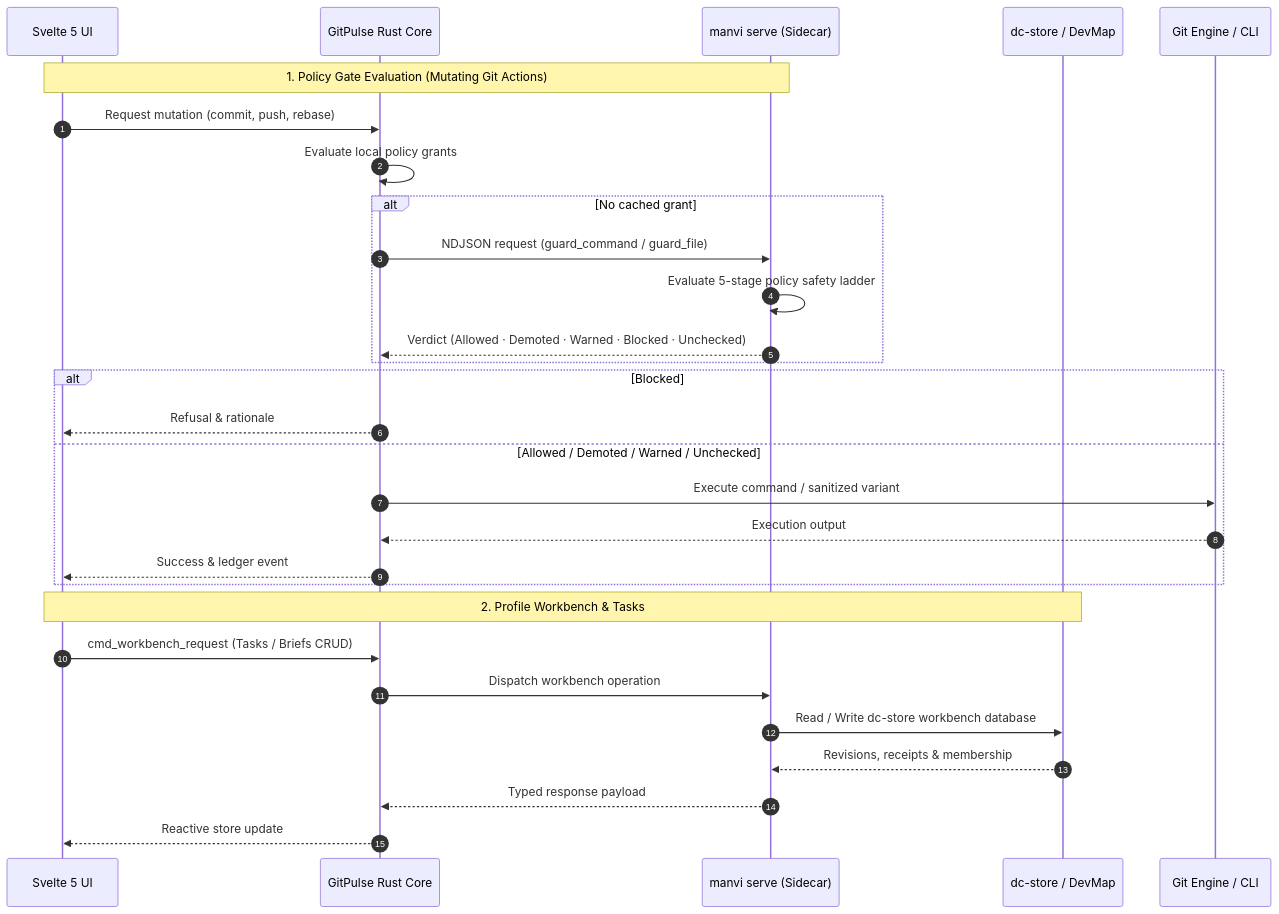
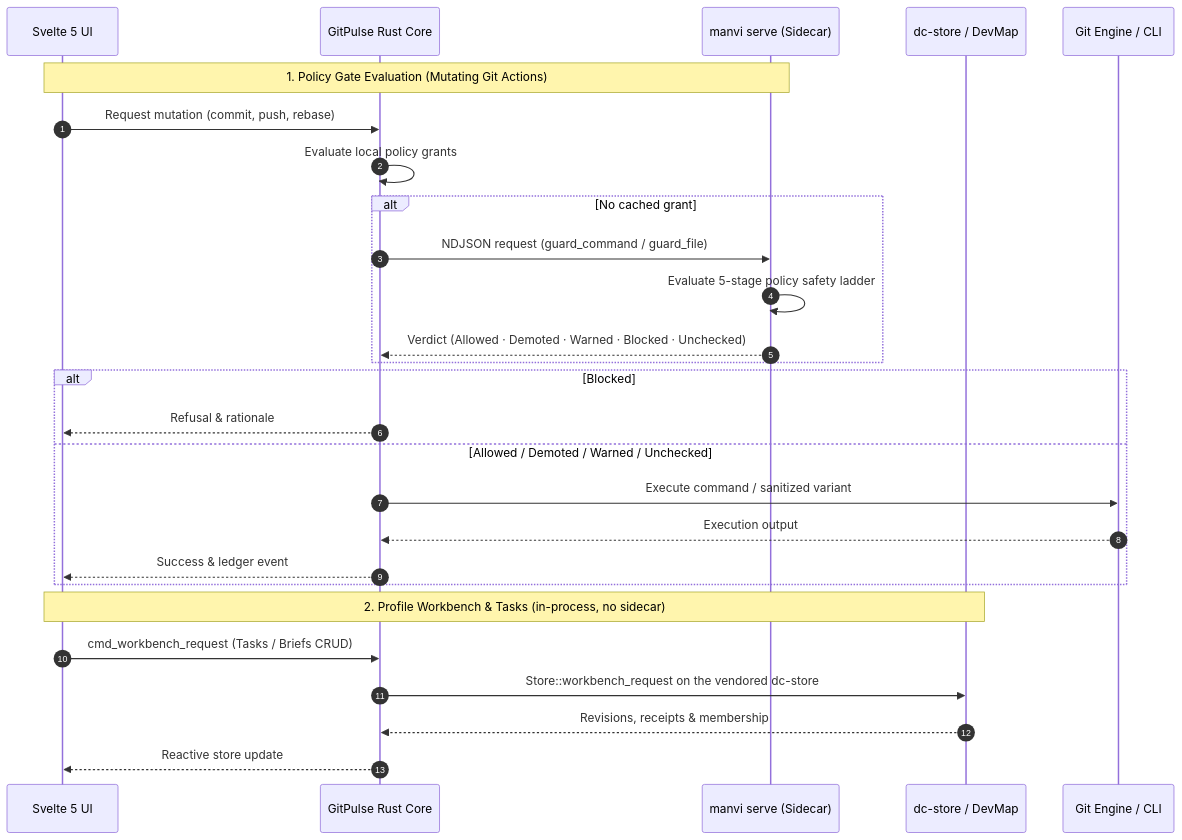
Before and after one commit to bharathvbcr/GitPulse: the second of 3 diagrams in docs/MODULE_INTEGRATION.md, drawn with Mermaid. The commit also changed other lines of this file and 6 other files, not shown here.

````diff
--- a/docs/MODULE_INTEGRATION.md
+++ b/docs/MODULE_INTEGRATION.md
@@ -78,33 +78,31 @@
 ```mermaid
 sequenceDiagram
     autonumber
     participant UI as Svelte 5 UI
     participant Rust as GitPulse Rust Core
     participant Manvi as manvi serve (Sidecar)
     participant DevCouncil as dc-store / DevMap
     participant Git as Git Engine / CLI
 
     Note over UI,Manvi: 1. Policy Gate Evaluation (Mutating Git Actions)
     UI->>Rust: Request mutation (commit, push, rebase)
     Rust->>Rust: Evaluate local policy grants
     alt No cached grant
         Rust->>Manvi: NDJSON request (guard_command / guard_file)
         Manvi->>Manvi: Evaluate 5-stage policy safety ladder
         Manvi-->>Rust: Verdict (Allowed · Demoted · Warned · Blocked · Unchecked)
     end
     alt Blocked
         Rust-->>UI: Refusal & rationale
     else Allowed / Demoted / Warned / Unchecked
         Rust->>Git: Execute command / sanitized variant
         Git-->>Rust: Execution output
         Rust-->>UI: Success & ledger event
     end
 
-    Note over UI,DevCouncil: 2. Profile Workbench & Tasks
+    Note over UI,DevCouncil: 2. Profile Workbench & Tasks (in-process, no sidecar)
     UI->>Rust: cmd_workbench_request (Tasks / Briefs CRUD)
-    Rust->>Manvi: Dispatch workbench operation
-    Manvi->>DevCouncil: Read / Write dc-store workbench database
-    DevCouncil-->>Manvi: Revisions, receipts & membership
-    Manvi-->>Rust: Typed response payload
+    Rust->>DevCouncil: Store::workbench_request on the vendored dc-store
+    DevCouncil-->>Rust: Revisions, receipts & membership
     Rust-->>UI: Reactive store update
 ```
````
